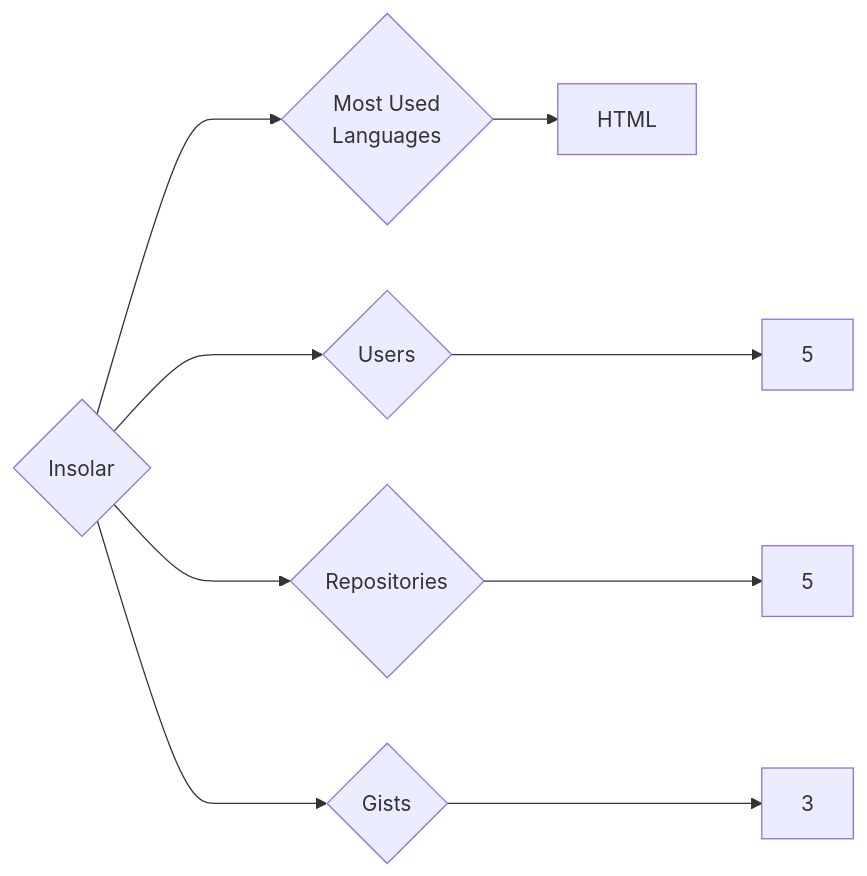
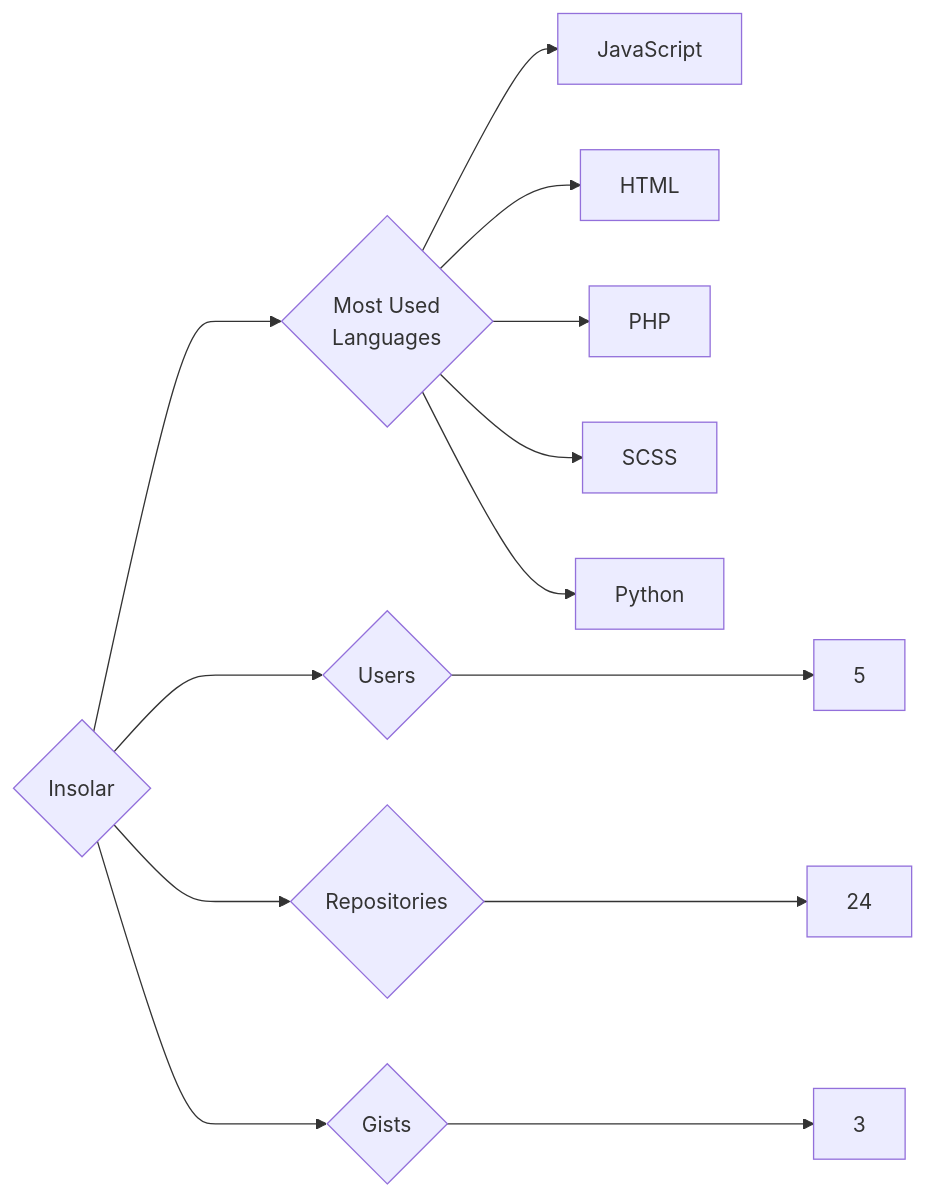
One commit to trickest/insiders changed the diagram in targets/Insolar/README.md. Above: the diagram before and after it, drawn with Mermaid. The commit also changed 1088 other files, not shown here.

````diff
--- a/targets/Insolar/README.md
+++ b/targets/Insolar/README.md
@@ -3,9 +3,13 @@
 ```mermaid
 graph LR
 COMPANY_NAME{Insolar}
 COMPANY_NAME ---> U{Users} ---> UN[5]
-COMPANY_NAME ---> R{Repositories} ---> RN[5]
+COMPANY_NAME ---> R{Repositories} ---> RN[24]
 COMPANY_NAME ---> G{Gists} ---> GN[3]
 COMPANY_NAME ---> ML{Most Used<br>Languages}
+ML --> JavaScript[JavaScript]
 ML --> HTML[HTML]
+ML --> PHP[PHP]
+ML --> SCSS[SCSS]
+ML --> Python[Python]
 ```
````
